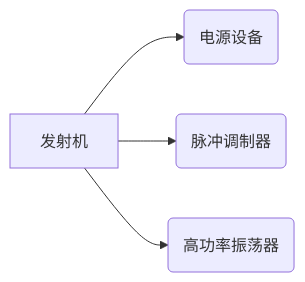
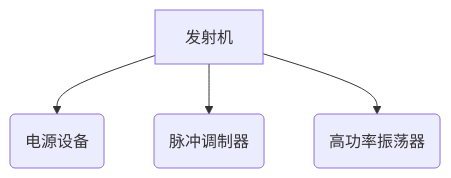
One commit to VatalityWang/VatalityWang.github.io changed the first of 3 diagrams in _posts/2020-09-14-信号与系统.md. Above: the diagram before and after it, drawn with Mermaid. The commit also changed other lines of this file and 27 other files, not shown here.

````diff
--- a/_posts/2020-09-14-信号与系统.md
+++ b/_posts/2020-09-14-信号与系统.md
@@ -24,6 +24,6 @@
 ```mermaid
-graph LR
+graph TD
   A[发射机] -->B(电源设备)
       A --> C(脉冲调制器)
       A --> D(高功率振荡器)
 ```
````
